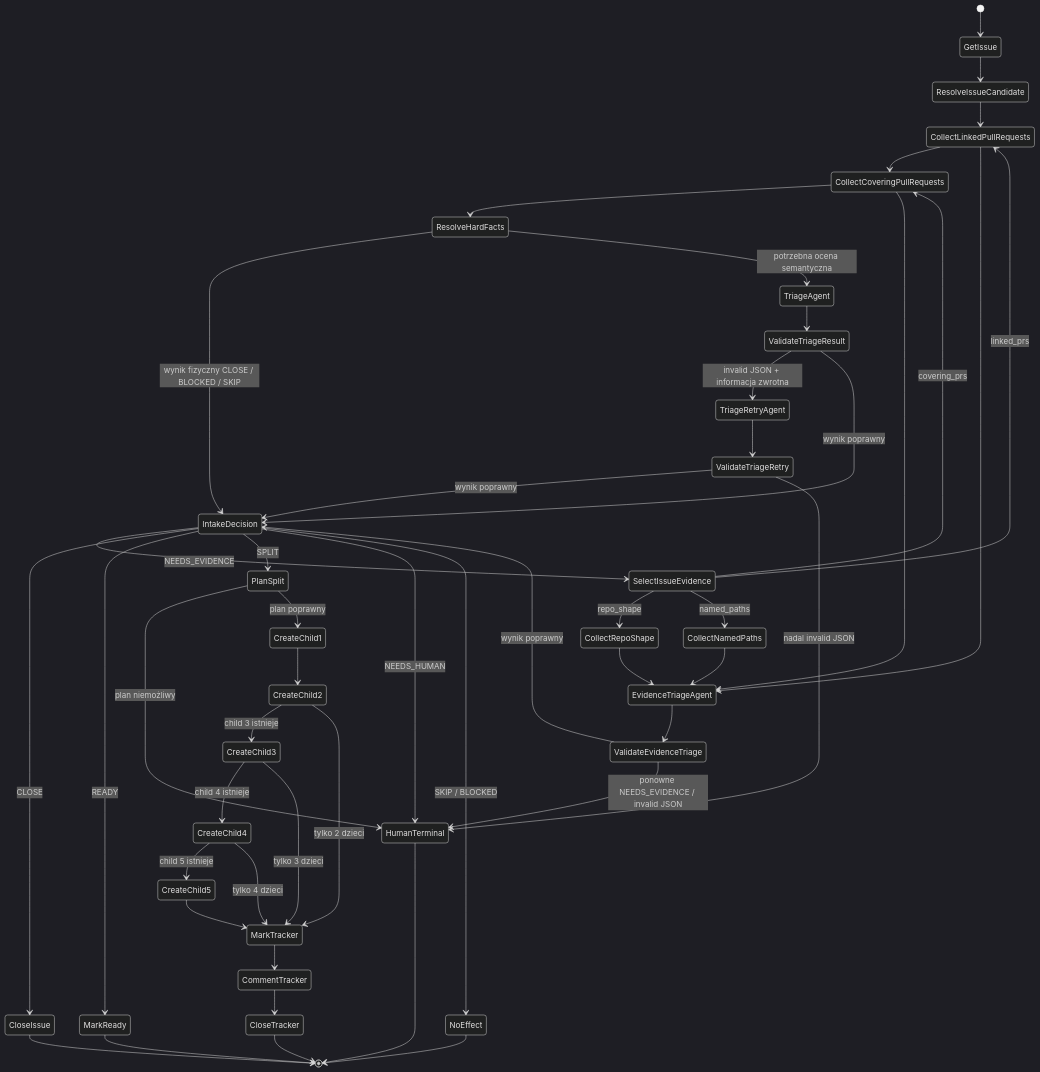
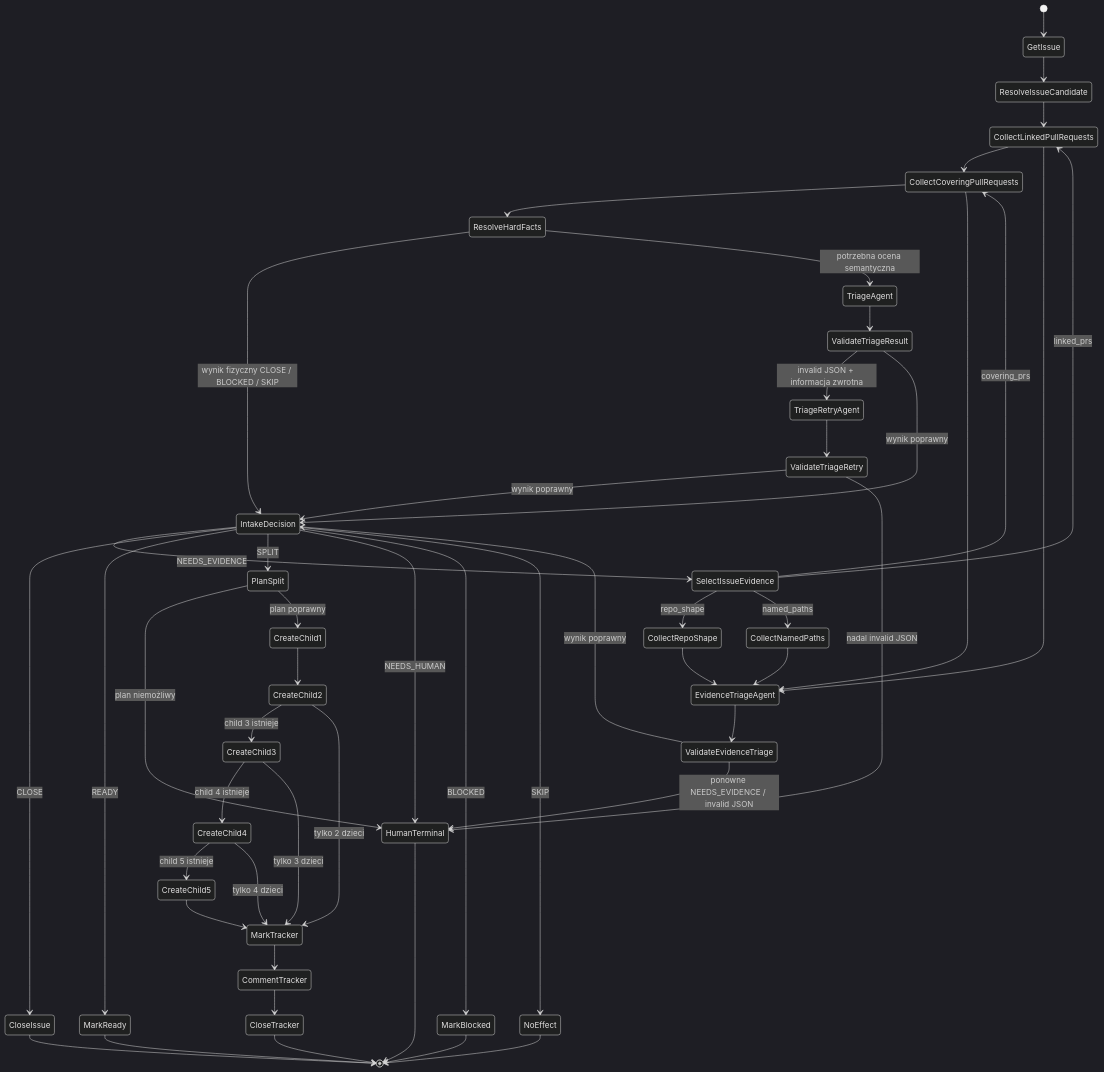
One commit to mikolaj92/lokay changed the second of 6 diagrams in README.md. Above: the diagram before and after it, drawn with Mermaid (dark theme). The commit also changed 8 other files, not shown here.

Commit message:
fix: route carrier incidents to blocked effect

````diff
--- a/README.md
+++ b/README.md
@@ -100,50 +100,52 @@
 ```mermaid
 stateDiagram-v2
     [*] --> GetIssue
     GetIssue --> ResolveIssueCandidate
     ResolveIssueCandidate --> CollectLinkedPullRequests
     CollectLinkedPullRequests --> CollectCoveringPullRequests
     CollectCoveringPullRequests --> ResolveHardFacts
     ResolveHardFacts --> IntakeDecision: wynik fizyczny CLOSE / BLOCKED / SKIP
     ResolveHardFacts --> TriageAgent: potrzebna ocena semantyczna
     TriageAgent --> ValidateTriageResult
     ValidateTriageResult --> TriageRetryAgent: invalid JSON + informacja zwrotna
     TriageRetryAgent --> ValidateTriageRetry
     ValidateTriageRetry --> IntakeDecision: wynik poprawny
     ValidateTriageRetry --> HumanTerminal: nadal invalid JSON
     ValidateTriageResult --> IntakeDecision: wynik poprawny
     IntakeDecision --> SelectIssueEvidence: NEEDS_EVIDENCE
     SelectIssueEvidence --> CollectRepoShape: repo_shape
     SelectIssueEvidence --> CollectNamedPaths: named_paths
     SelectIssueEvidence --> CollectLinkedPullRequests: linked_prs
     SelectIssueEvidence --> CollectCoveringPullRequests: covering_prs
     CollectRepoShape --> EvidenceTriageAgent
     CollectNamedPaths --> EvidenceTriageAgent
     CollectLinkedPullRequests --> EvidenceTriageAgent
     CollectCoveringPullRequests --> EvidenceTriageAgent
     EvidenceTriageAgent --> ValidateEvidenceTriage
     ValidateEvidenceTriage --> IntakeDecision: wynik poprawny
     ValidateEvidenceTriage --> HumanTerminal: ponowne NEEDS_EVIDENCE / invalid JSON
     IntakeDecision --> CloseIssue: CLOSE
     IntakeDecision --> MarkReady: READY
     IntakeDecision --> PlanSplit: SPLIT
     IntakeDecision --> HumanTerminal: NEEDS_HUMAN
-    IntakeDecision --> NoEffect: SKIP / BLOCKED
+    IntakeDecision --> MarkBlocked: BLOCKED
+    IntakeDecision --> NoEffect: SKIP
     PlanSplit --> HumanTerminal: plan niemożliwy
     PlanSplit --> CreateChild1: plan poprawny
     CreateChild1 --> CreateChild2
     CreateChild2 --> CreateChild3: child 3 istnieje
     CreateChild2 --> MarkTracker: tylko 2 dzieci
     CreateChild3 --> CreateChild4: child 4 istnieje
     CreateChild3 --> MarkTracker: tylko 3 dzieci
     CreateChild4 --> CreateChild5: child 5 istnieje
     CreateChild4 --> MarkTracker: tylko 4 dzieci
     CreateChild5 --> MarkTracker
     MarkTracker --> CommentTracker
     CommentTracker --> CloseTracker
     CloseIssue --> [*]
     MarkReady --> [*]
+    MarkBlocked --> [*]
     CloseTracker --> [*]
     NoEffect --> [*]
     HumanTerminal --> [*]
 ```
````
